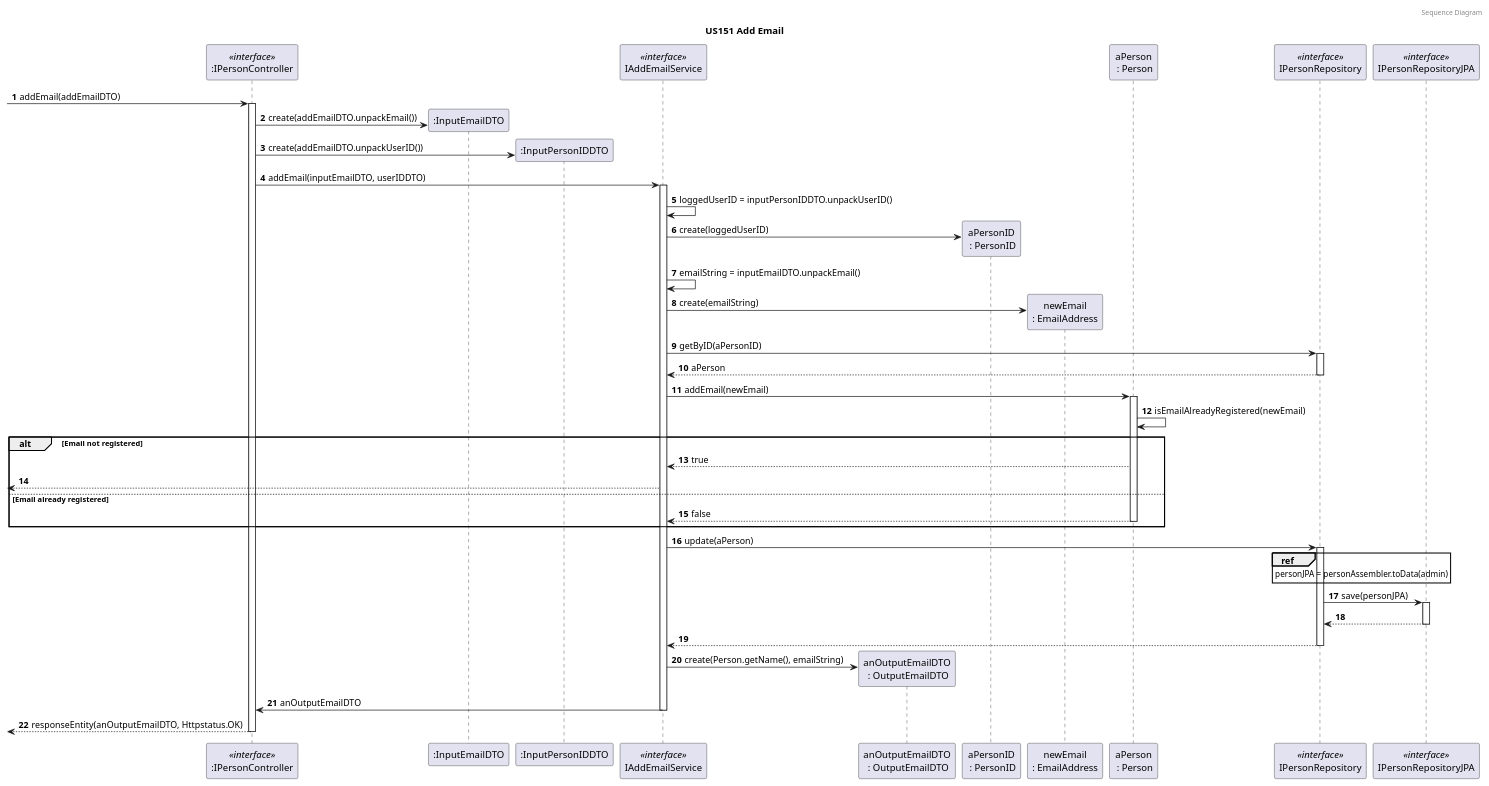
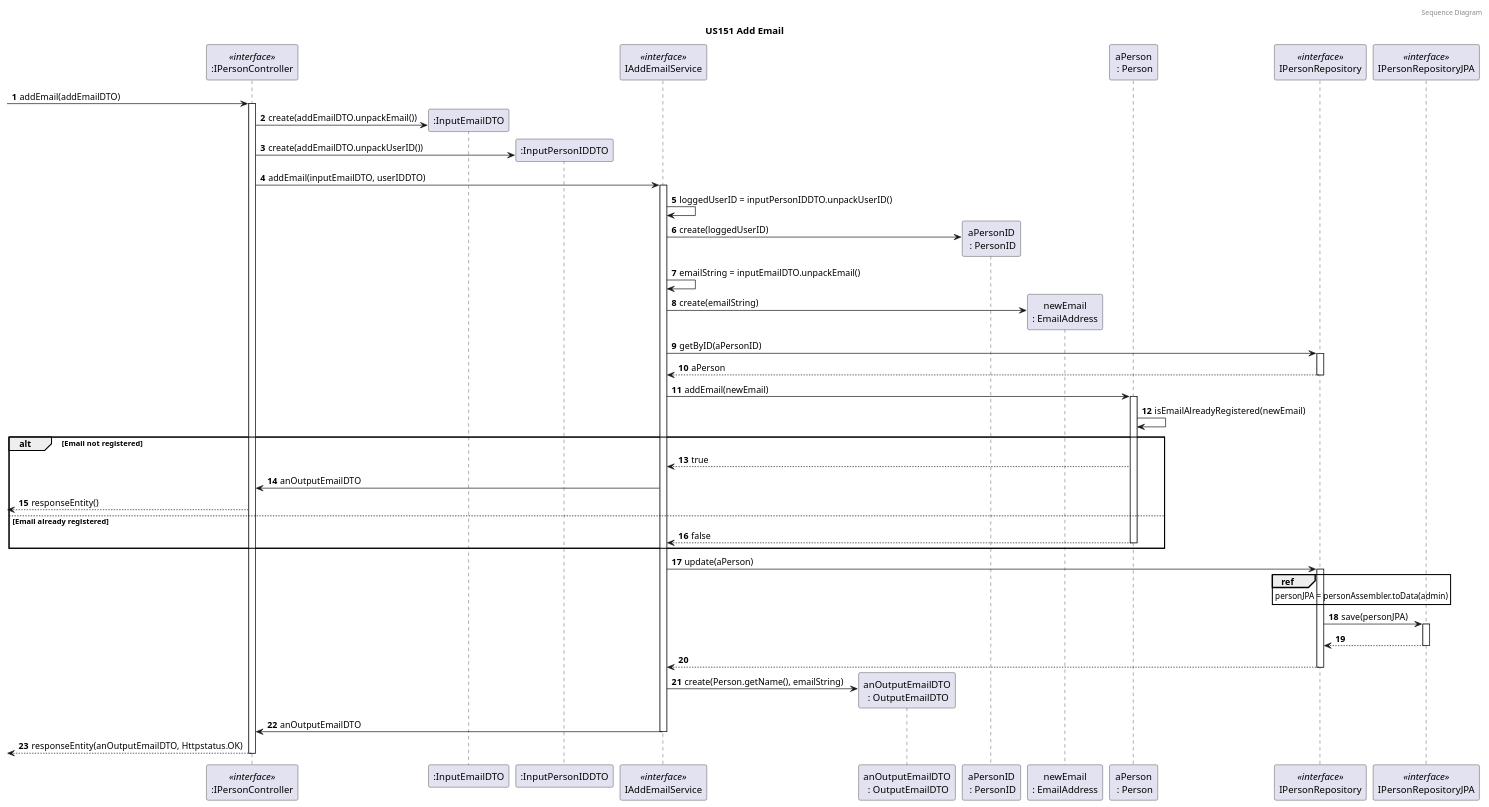
Before and after one commit to tomas-osswald/switch_2020_g3: the fourth of 4 diagrams in docs/sprint5/user_stories/US151_AddEmail.md, drawn with PlantUML. The commit also changed 27 other files, not shown here.

`````diff
--- a/docs/sprint5/user_stories/US151_AddEmail.md
+++ b/docs/sprint5/user_stories/US151_AddEmail.md
@@ -207,76 +207,76 @@
 ````puml
 @startuml
 
 autonumber
 header Sequence Diagram
 title US151 Add Email
 
 participant ":IPersonController" as controller <<interface>>
 participant ":InputEmailDTO" as inputemail
 participant ":InputPersonIDDTO" as userdto
 
 participant "IAddEmailService" as service <<interface>>
 
 participant "anOutputEmailDTO\n : OutputEmailDTO" as output
 
 participant "aPersonID\n : PersonID" as personid
 participant "newEmail\n: EmailAddress" as email
 participant "aPerson\n : Person" as person
 participant "IPersonRepository" as personRepository <<interface>>
 participant "IPersonRepositoryJPA" as repoJPA <<interface>>
 
 -> controller : addEmail(addEmailDTO)
 activate controller
 controller -> inputemail** : create(addEmailDTO.unpackEmail())
 controller -> userdto** : create(addEmailDTO.unpackUserID())
 controller -> service : addEmail(inputEmailDTO, userIDDTO)
 activate service
 
 service -> service : loggedUserID = inputPersonIDDTO.unpackUserID()
 service -> personid** : create(loggedUserID)
 
 service -> service : emailString = inputEmailDTO.unpackEmail()
 service -> email** : create(emailString)
 
 
 service -> personRepository : getByID(aPersonID)
 deactivate email
 activate personRepository
 return aPerson
 
 service -> person: addEmail(newEmail)
 activate person
 person -> person: isEmailAlreadyRegistered(newEmail)
 
 alt Email not registered
 
 person --> service: true
-<-- service:
-
+service -> controller : anOutputEmailDTO
+<-- controller : responseEntity()
 else Email already registered
 
 person --> service: false
 deactivate person
 
 end
 
 service -> personRepository : update(aPerson)
 activate personRepository
 
 ref over personRepository
 personJPA = personAssembler.toData(admin)
 end ref
 personRepository -> repoJPA : save(personJPA)
 activate repoJPA
 return
 return
 
 service -> output** : create(Person.getName(), emailString)
 service -> controller : anOutputEmailDTO
 deactivate service
 
 <-- controller : responseEntity(anOutputEmailDTO, Httpstatus.OK)
 deactivate controller
 
 @enduml
 ````
`````
